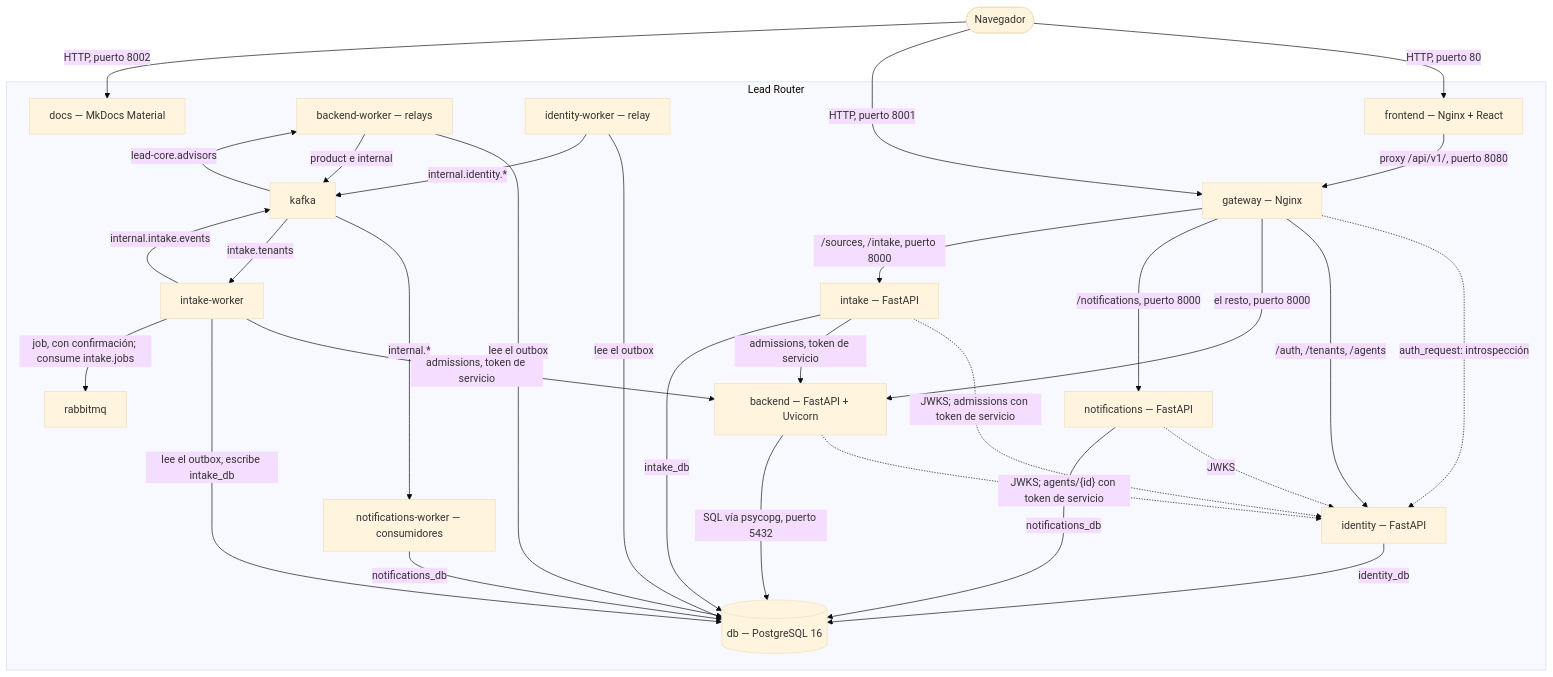
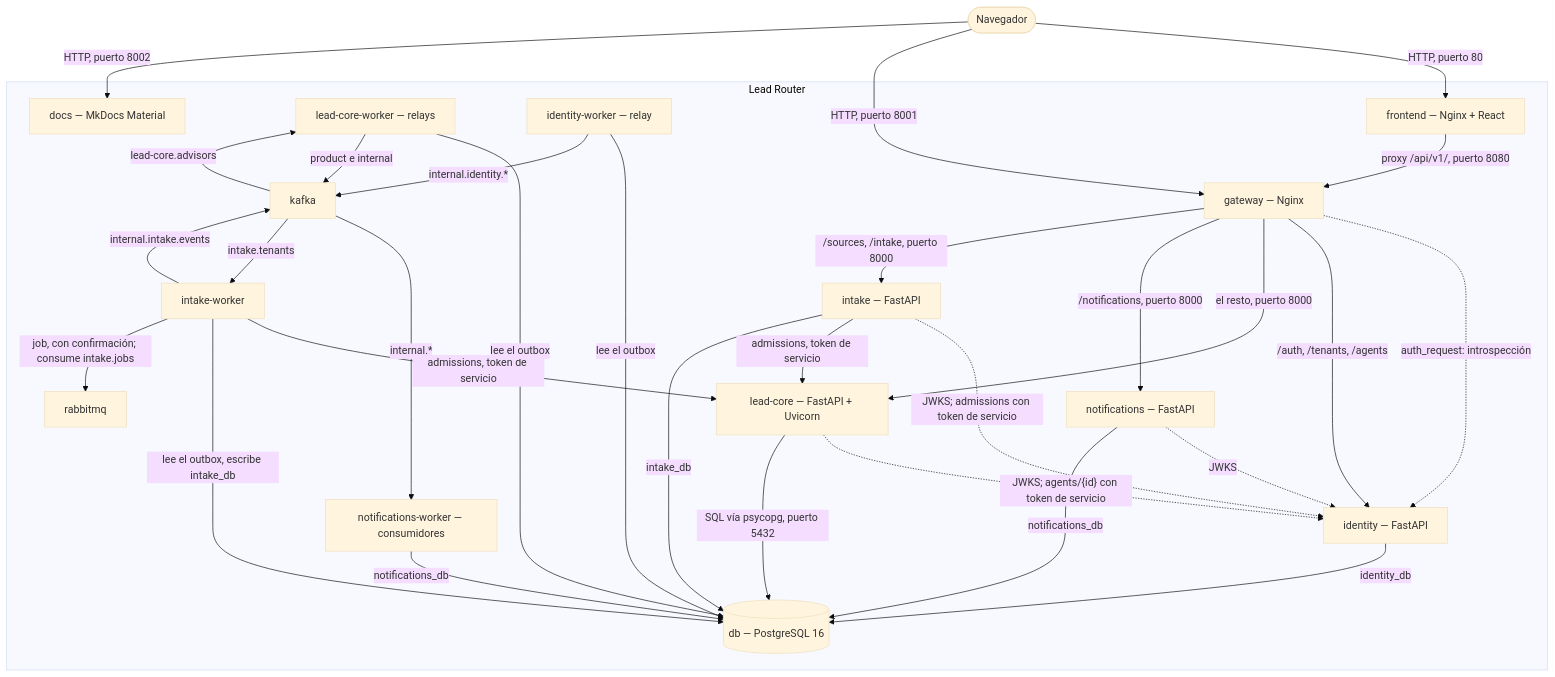
One commit to MDCIrony/leads-hexa changed the diagram in docs/content/arquitectura/c4-contenedores.md. Above: the diagram before and after it, drawn with Mermaid (base theme). The commit also changed other lines of this file and 23 other files, not shown here.

Commit message:
docs: describe lead-core as a service across the site

````diff
--- a/docs/content/arquitectura/c4-contenedores.md
+++ b/docs/content/arquitectura/c4-contenedores.md
@@ -31,51 +31,51 @@
 ```mermaid
 flowchart TD
     BROWSER(["Navegador"])
 
     subgraph SISTEMA["Lead Router"]
         FRONTEND["frontend — Nginx + React"]
         GATEWAY["gateway — Nginx"]
-        BACKEND["backend — FastAPI + Uvicorn"]
-        BW["backend-worker — relays"]
+        LEADCORE["lead-core — FastAPI + Uvicorn"]
+        BW["lead-core-worker — relays"]
         IDS["identity — FastAPI"]
         IDW["identity-worker — relay"]
         NOTIF["notifications — FastAPI"]
         NW["notifications-worker — consumidores"]
         INT["intake — FastAPI"]
         IW["intake-worker"]
         DB[("db — PostgreSQL 16")]
         KAFKA["kafka"]
         RMQ["rabbitmq"]
         DOCS["docs — MkDocs Material"]
     end
 
     BROWSER -->|"HTTP, puerto 80"| FRONTEND
     FRONTEND -->|"proxy /api/v1/, puerto 8080"| GATEWAY
     BROWSER -->|"HTTP, puerto 8001"| GATEWAY
     GATEWAY -.->|"auth_request: introspección"| IDS
     GATEWAY -->|"/auth, /tenants, /agents"| IDS
-    GATEWAY -->|"el resto, puerto 8000"| BACKEND
+    GATEWAY -->|"el resto, puerto 8000"| LEADCORE
     GATEWAY -->|"/notifications, puerto 8000"| NOTIF
     GATEWAY -->|"/sources, /intake, puerto 8000"| INT
     INT -.->|"JWKS; admissions con token de servicio"| IDS
-    INT -->|"admissions, token de servicio"| BACKEND
-    IW -->|"admissions, token de servicio"| BACKEND
+    INT -->|"admissions, token de servicio"| LEADCORE
+    IW -->|"admissions, token de servicio"| LEADCORE
     NOTIF -.->|"JWKS"| IDS
-    BACKEND -.->|"JWKS; agents/{id} con token de servicio"| IDS
+    LEADCORE -.->|"JWKS; agents/{id} con token de servicio"| IDS
     IDS -->|"identity_db"| DB
     IDW -->|"lee el outbox"| DB
     IDW -->|"internal.identity.*"| KAFKA
-    BACKEND -->|"SQL vía psycopg, puerto 5432"| DB
+    LEADCORE -->|"SQL vía psycopg, puerto 5432"| DB
     NOTIF -->|"notifications_db"| DB
     NW -->|"notifications_db"| DB
     BW -->|"lee el outbox"| DB
     BW -->|"product e internal"| KAFKA
     KAFKA -->|"internal.*"| NW
     KAFKA -->|"lead-core.advisors"| BW
     KAFKA -->|"intake.tenants"| IW
     INT -->|"intake_db"| DB
     IW -->|"lee el outbox, escribe intake_db"| DB
     IW -->|"internal.intake.events"| KAFKA
     IW -->|"job, con confirmación; consume intake.jobs"| RMQ
     BROWSER -->|"HTTP, puerto 8002"| DOCS
 ```
````
